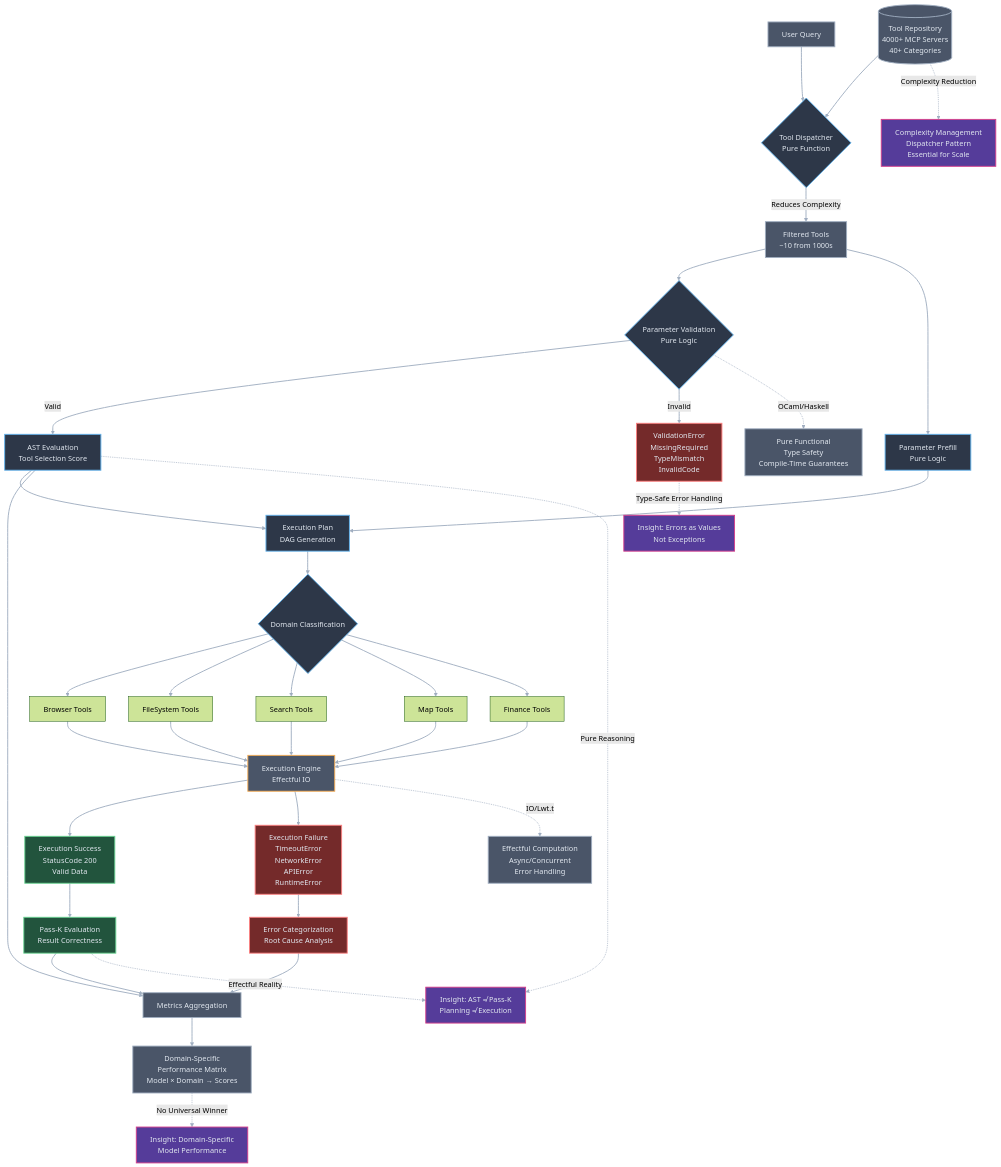
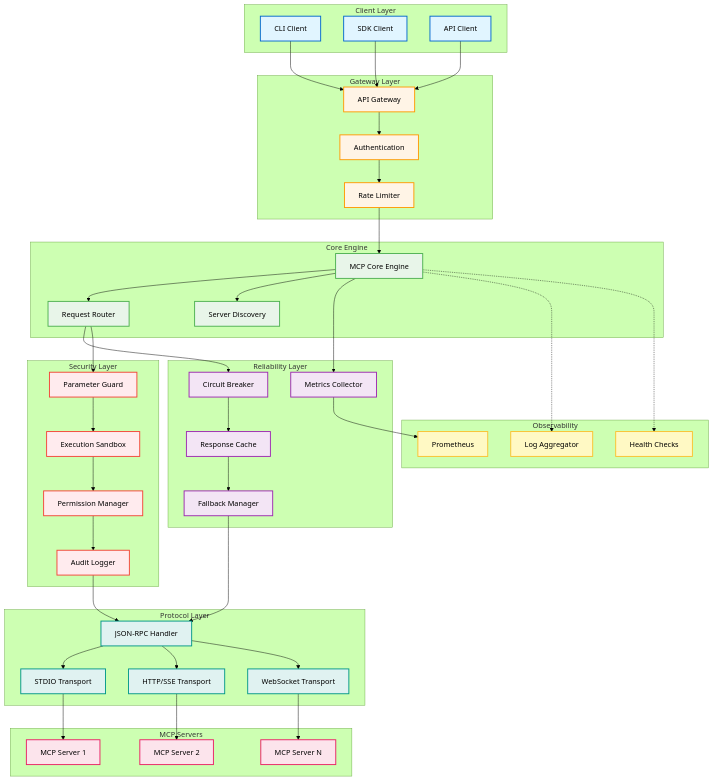
One commit to danindiana/GRYPHGEN changed the first of 3 diagrams in MCP_SERVER/Sept_16_2025/mcp-reliability-system/README.md. Above: the diagram before and after it, drawn with Mermaid (forest theme). The commit also changed other lines of this file and 12 other files, not shown here.

First line of the commit message:
feat: comprehensive MCP Server infrastructure modernization

````diff
--- a/MCP_SERVER/Sept_16_2025/mcp-reliability-system/README.md
+++ b/MCP_SERVER/Sept_16_2025/mcp-reliability-system/README.md
@@ -248,88 +185,107 @@
 ```mermaid
 graph TB
-    %% Input Layer
-    Query[User Query] --> Dispatcher{Tool Dispatcher<br/>Pure Function}
-    
-    %% Tool Repository
-    ToolRepo[(Tool Repository<br/>4000+ MCP Servers<br/>40+ Categories)] --> Dispatcher
-    
-    %% Complexity Reduction
-    Dispatcher -->|Reduces Complexity| FilteredTools[Filtered Tools<br/>~10 from 1000s]
-    
-    %% Pure Logic Layer (OCaml/Haskell)
-    FilteredTools --> Validation{Parameter Validation<br/>Pure Logic}
-    FilteredTools --> Prefill[Parameter Prefill<br/>Pure Logic]
-    
-    %% Validation Branches
-    Validation -->|Valid| ASTEval[AST Evaluation<br/>Tool Selection Score]
-    Validation -->|Invalid| ValidationError[ValidationError<br/>MissingRequired<br/>TypeMismatch<br/>InvalidCode]
-    
-    %% Planning Phase (Pure)
-    Prefill --> PlanGen[Execution Plan<br/>DAG Generation]
-    ASTEval --> PlanGen
-    
-    %% Domain Classification
-    PlanGen --> DomainClass{Domain Classification}
-    DomainClass --> Browser[Browser Tools]
-    DomainClass --> FileSystem[FileSystem Tools]
-    DomainClass --> Search[Search Tools]
-    DomainClass --> Map[Map Tools]
-    DomainClass --> Finance[Finance Tools]
-    
-    %% Effectful Execution Layer
-    Browser --> ExecEngine[Execution Engine<br/>Effectful IO]
-    FileSystem --> ExecEngine
-    Search --> ExecEngine
-    Map --> ExecEngine
-    Finance --> ExecEngine
-    
-    %% Execution Results
-    ExecEngine --> Success[Execution Success<br/>StatusCode 200<br/>Valid Data]
-    ExecEngine --> Failure[Execution Failure<br/>TimeoutError<br/>NetworkError<br/>APIError<br/>RuntimeError]
-    
-    %% Evaluation Layer
-    Success --> PassK[Pass-K Evaluation<br/>Result Correctness]
-    Failure --> ErrorAnalysis[Error Categorization<br/>Root Cause Analysis]
-    
-    %% Final Metrics
-    ASTEval --> MetricsAgg[Metrics Aggregation]
-    PassK --> MetricsAgg
-    ErrorAnalysis --> MetricsAgg
-    
-    %% Domain-Specific Results
-    MetricsAgg --> DomainMetrics[Domain-Specific<br/>Performance Matrix<br/>Model × Domain → Scores]
-    
-    %% Key Insight Annotations
-    ValidationError -.->|Type-Safe Error Handling| Insight1[Insight: Errors as Values<br/>Not Exceptions]
-    
-    ASTEval -.->|Pure Reasoning| Insight2[Insight: AST ≠ Pass-K<br/>Planning ≠ Execution]
-    PassK -.->|Effectful Reality| Insight2
-    
-    DomainMetrics -.->|No Universal Winner| Insight3[Insight: Domain-Specific<br/>Model Performance]
-    
-    %% Complexity Flow
-    ToolRepo -.->|Complexity Reduction| ComplexityNote[Complexity Management<br/>Dispatcher Pattern<br/>Essential for Scale]
-    
-    %% Technology Stack Annotations
-    Validation -.->|OCaml/Haskell| TechStack[Pure Functional<br/>Type Safety<br/>Compile-Time Guarantees]
-    ExecEngine -.->|IO/Lwt.t| TechStack2[Effectful Computation<br/>Async/Concurrent<br/>Error Handling]
-    
-    %% Styling for Dark Mode
-    classDef pureLogic fill:#2d3748,stroke:#63b3ed,stroke-width:2px,color:#e2e8f0
-    classDef effectful fill:#4a5568,stroke:#f6ad55,stroke-width:2px,color:#e2e8f0
-    classDef insight fill:#553c9a,stroke:#d53f8c,stroke-width:2px,color:#e2e8f0
-    classDef error fill:#742a2a,stroke:#fc8181,stroke-width:2px,color:#e2e8f0
-    classDef success fill:#22543d,stroke:#68d391,stroke-width:2px,color:#e2e8f0
-    classDef neutral fill:#4a5568,stroke:#a0aec0,stroke-width:2px,color:#e2e8f0
-    
-    class Dispatcher,Validation,Prefill,ASTEval,PlanGen,DomainClass pureLogic
-    class ExecEngine,Success,Failure,PassK effectful
-    class Insight1,Insight2,Insight3,ComplexityNote insight
-    class ValidationError,ErrorAnalysis,Failure error
-    class Success,PassK success
-    class Query,ToolRepo,FilteredTools,MetricsAgg,DomainMetrics,TechStack,TechStack2 neutral
+    subgraph "Client Layer"
+        CLI[CLI Client]
+        SDK[SDK Client]
+        API[API Client]
+    end
 
-    %% Link styling for better visibility
-    linkStyle default stroke:#a0aec0,stroke-width:1.5px
-    linkStyle 0,1,2,3,4,5,6,7,8,9,10,11,12,13,14,15,16,17,18,19,20,21,22,23,24,25,26,27 stroke-width:2px
+    subgraph "Gateway Layer"
+        GW[API Gateway]
+        AUTH[Authentication]
+        RATE[Rate Limiter]
+    end
+
+    subgraph "Core Engine"
+        ENGINE[MCP Core Engine]
+        ROUTER[Request Router]
+        DISCO[Server Discovery]
+    end
+
+    subgraph "Reliability Layer"
+        CB[Circuit Breaker]
+        CACHE[Response Cache]
+        FALLBACK[Fallback Manager]
+        METRICS[Metrics Collector]
+    end
+
+    subgraph "Security Layer"
+        GUARD[Parameter Guard]
+        SANDBOX[Execution Sandbox]
+        PERM[Permission Manager]
+        AUDIT[Audit Logger]
+    end
+
+    subgraph "Protocol Layer"
+        JSONRPC[JSON-RPC Handler]
+        STDIO[STDIO Transport]
+        HTTP[HTTP/SSE Transport]
+        WS[WebSocket Transport]
+    end
+
+    subgraph "MCP Servers"
+        MCP1[MCP Server 1]
+        MCP2[MCP Server 2]
+        MCP3[MCP Server N]
+    end
+
+    subgraph "Observability"
+        PROM[Prometheus]
+        LOGS[Log Aggregator]
+        HEALTH[Health Checks]
+    end
+
+    CLI --> GW
+    SDK --> GW
+    API --> GW
+
+    GW --> AUTH
+    AUTH --> RATE
+    RATE --> ENGINE
+
+    ENGINE --> ROUTER
+    ENGINE --> DISCO
+
+    ROUTER --> CB
+    CB --> CACHE
+    CACHE --> FALLBACK
+
+    ROUTER --> GUARD
+    GUARD --> SANDBOX
+    SANDBOX --> PERM
+    PERM --> AUDIT
+
+    FALLBACK --> JSONRPC
+    AUDIT --> JSONRPC
+
+    JSONRPC --> STDIO
+    JSONRPC --> HTTP
+    JSONRPC --> WS
+
+    STDIO --> MCP1
+    HTTP --> MCP2
+    WS --> MCP3
+
+    ENGINE --> METRICS
+    METRICS --> PROM
+    ENGINE -.-> LOGS
+    ENGINE -.-> HEALTH
+
+    classDef clientStyle fill:#e1f5ff,stroke:#0066cc,stroke-width:2px
+    classDef gatewayStyle fill:#fff4e6,stroke:#ff9800,stroke-width:2px
+    classDef coreStyle fill:#e8f5e9,stroke:#4caf50,stroke-width:2px
+    classDef reliabilityStyle fill:#f3e5f5,stroke:#9c27b0,stroke-width:2px
+    classDef securityStyle fill:#ffebee,stroke:#f44336,stroke-width:2px
+    classDef protocolStyle fill:#e0f2f1,stroke:#009688,stroke-width:2px
+    classDef mcpStyle fill:#fce4ec,stroke:#e91e63,stroke-width:2px
+    classDef obsStyle fill:#fff9c4,stroke:#fbc02d,stroke-width:2px
+
+    class CLI,SDK,API clientStyle
+    class GW,AUTH,RATE gatewayStyle
+    class ENGINE,ROUTER,DISCO coreStyle
+    class CB,CACHE,FALLBACK,METRICS reliabilityStyle
+    class GUARD,SANDBOX,PERM,AUDIT securityStyle
+    class JSONRPC,STDIO,HTTP,WS protocolStyle
+    class MCP1,MCP2,MCP3 mcpStyle
+    class PROM,LOGS,HEALTH obsStyle
 ```
````
